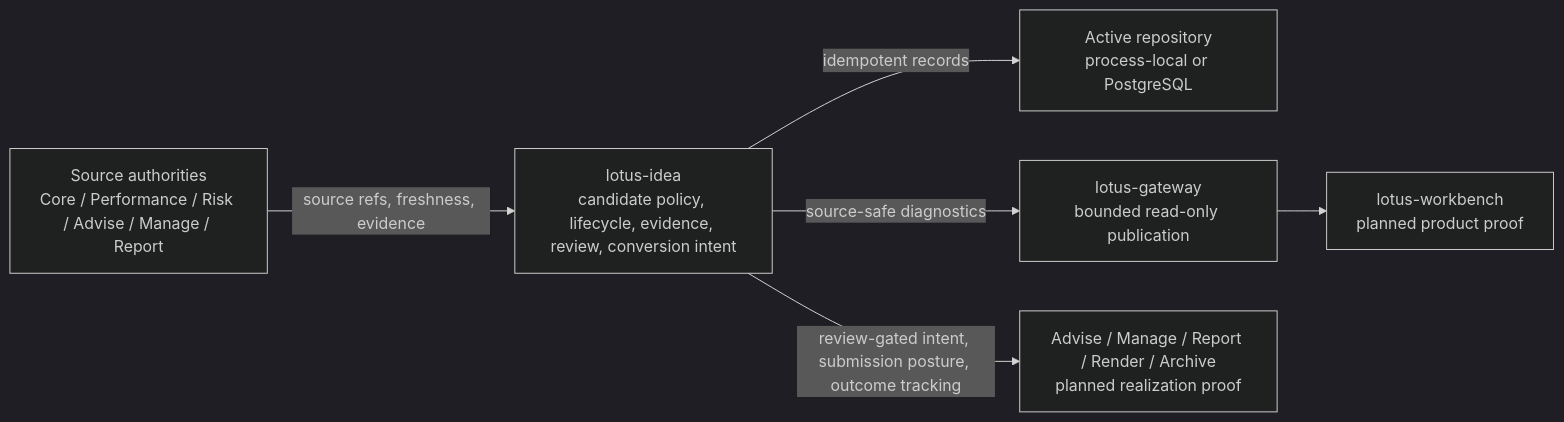
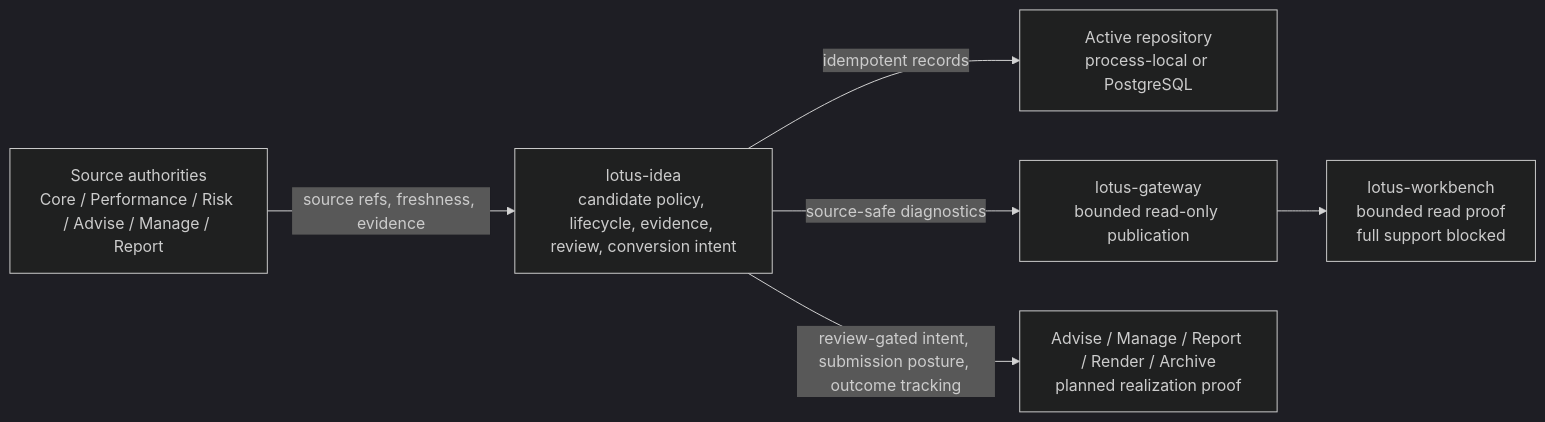
One commit to sgajbi/lotus-idea changed the first of 2 diagrams in README.md. Above: the diagram before and after it, drawn with Mermaid (dark theme). The commit also changed other lines of this file and 13 other files, not shown here.

Commit message:
Document Workbench Idea read proof

````diff
--- a/README.md
+++ b/README.md
@@ -111,15 +110,15 @@
 ```mermaid
 flowchart LR
     Core["Source authorities<br/>Core / Performance / Risk / Advise / Manage / Report"]
     Idea["lotus-idea<br/>candidate policy, lifecycle, evidence, review, conversion intent"]
     Store["Active repository<br/>process-local or PostgreSQL"]
     Gateway["lotus-gateway<br/>bounded read-only publication"]
-    Workbench["lotus-workbench<br/>planned product proof"]
+    Workbench["lotus-workbench<br/>bounded read proof<br/>full support blocked"]
     Downstream["Advise / Manage / Report / Render / Archive<br/>planned realization proof"]
 
     Core -->|"source refs, freshness, evidence"| Idea
     Idea -->|"idempotent records"| Store
     Idea -->|"source-safe diagnostics"| Gateway
     Gateway --> Workbench
     Idea -->|"review-gated intent, submission posture, outcome tracking"| Downstream
 ```
````
